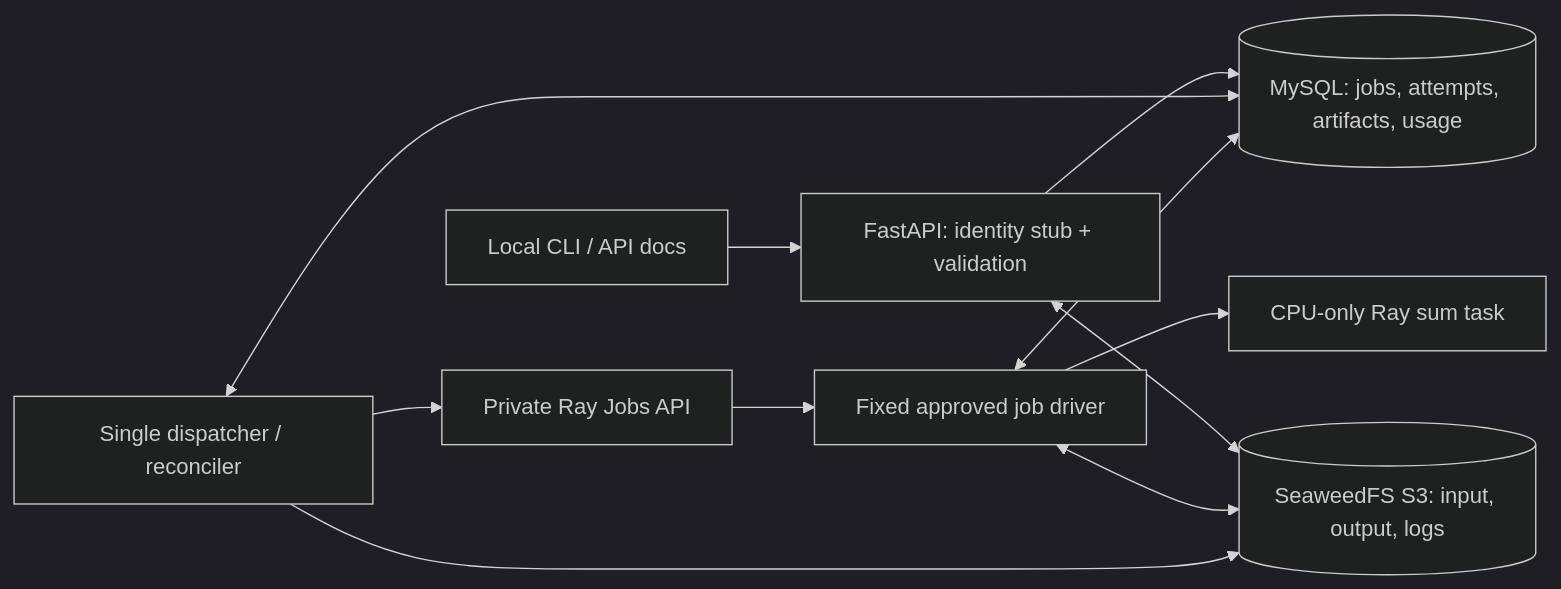
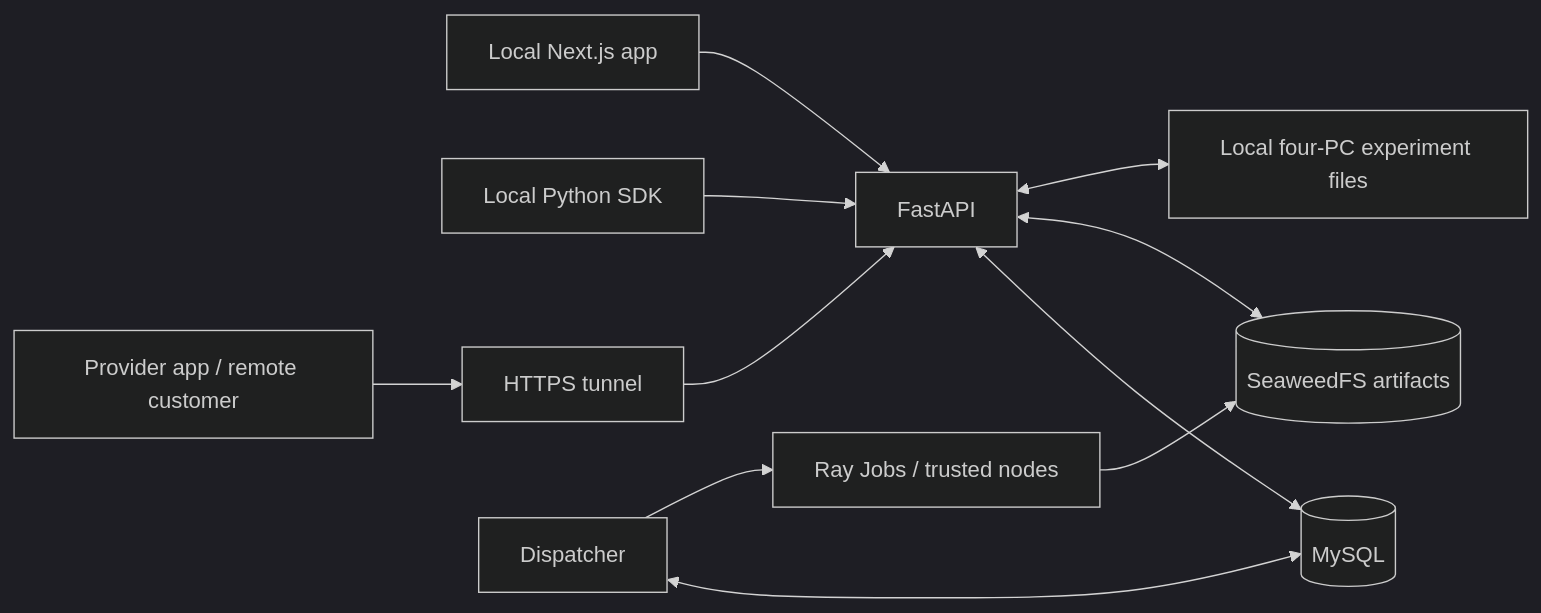
One commit to Mrl-slll/greentokens changed the diagram in docs/architecture.md. Above: the diagram before and after it, drawn with Mermaid (dark theme). The commit also changed other lines of this file and 37 other files, not shown here.

````diff
--- a/docs/architecture.md
+++ b/docs/architecture.md
@@ -3,13 +7,13 @@
 ```mermaid
 flowchart LR
-  Client[Local CLI / API docs] --> API[FastAPI: identity stub + validation]
-  API --> DB[(MySQL: jobs, attempts, artifacts, usage)]
-  Dispatcher[Single dispatcher / reconciler] <--> DB
-  Dispatcher --> Jobs[Private Ray Jobs API]
-  Jobs --> Driver[Fixed approved job driver]
-  Driver --> Task[CPU-only Ray sum task]
-  Driver <--> DB
-  API <--> S3[(SeaweedFS S3: input, output, logs)]
-  Driver <--> S3
-  Dispatcher --> S3
+    UI[Local Next.js app] --> API[FastAPI]
+    SDK[Local Python SDK] --> API
+    Remote[Provider app / remote customer] --> Tunnel[HTTPS tunnel]
+    Tunnel --> API
+    API <--> DB[(MySQL)]
+    API <--> Storage[(SeaweedFS artifacts)]
+    Dispatcher[Dispatcher] <--> DB
+    Dispatcher --> Ray[Ray Jobs / trusted nodes]
+    Ray --> Storage
+    API <--> Relay[Local four-PC experiment files]
 ```
````
